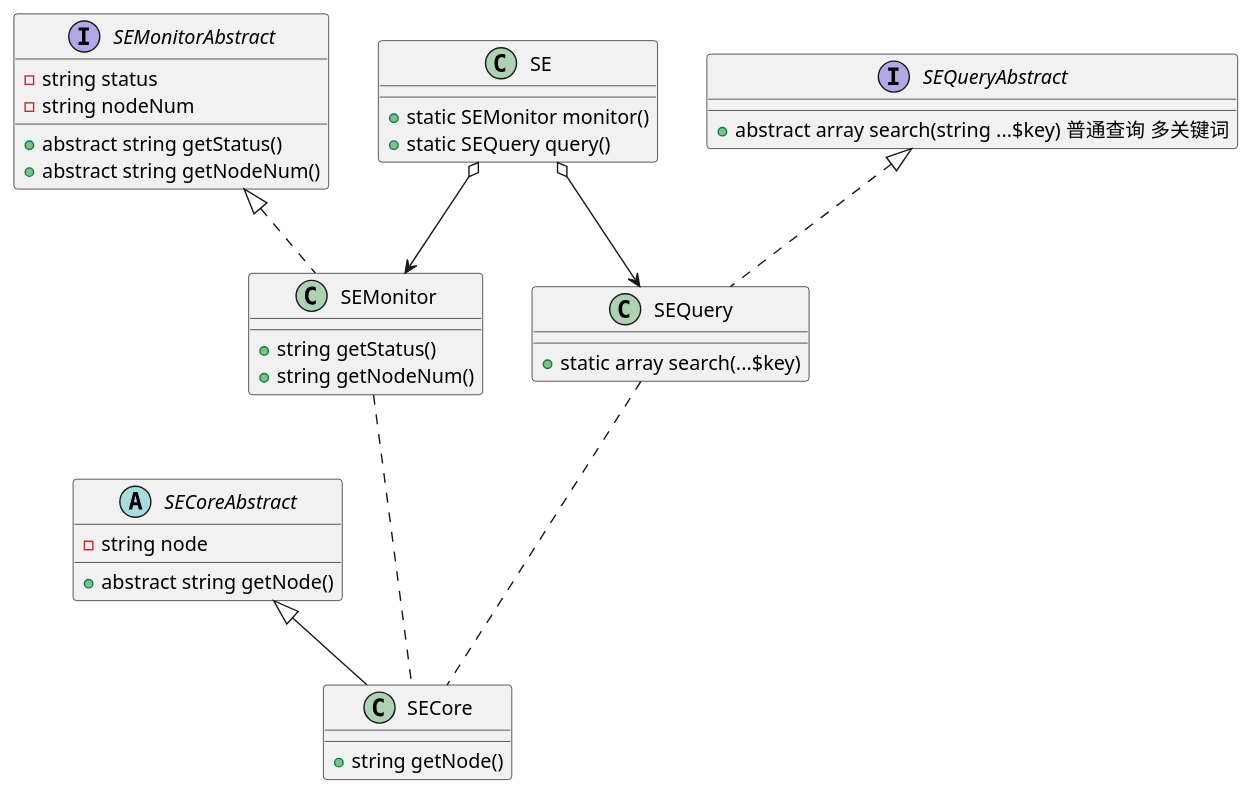
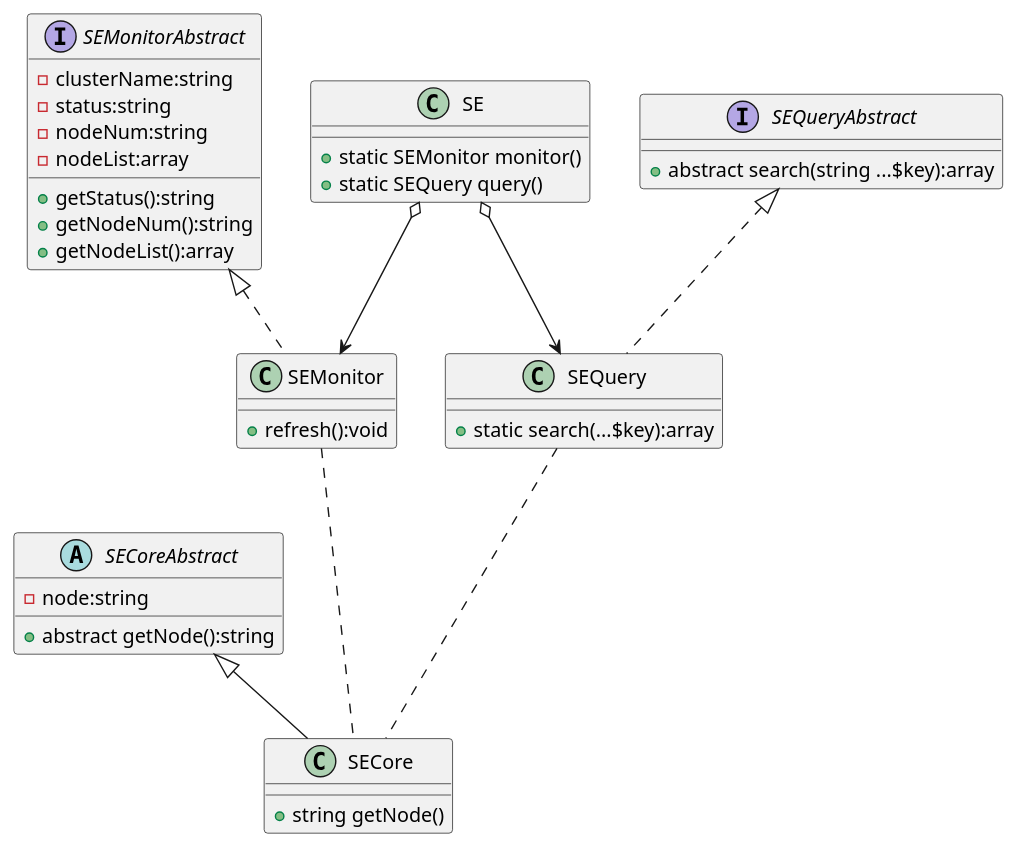
The diagram in docs/ModuleStructure.puml (1000Delta/CurrentWork), drawn with PlantUML before and after one commit. The commit also changed 2 other files, not shown here.

```diff
--- a/docs/ModuleStructure.puml
+++ b/docs/ModuleStructure.puml
@@ -1,50 +1,58 @@
 @startuml
 
 '核心类
 abstract class SECoreAbstract {
-- string node
-+ abstract string getNode()
+- node:string
++ abstract getNode():string
 }
 
 class SECore extends SECoreAbstract {
 + string getNode()
 }
+'*************************************************************************
 
 '监测类
 interface SEMonitorAbstract {
-- string status
-- string nodeNum
-+ abstract string getStatus()
-+ abstract string getNodeNum()
+'集群相关
+- clusterName:string
+- status:string
+- nodeNum:string
+'节点相关
+- nodeList:array
++ getStatus():string
++ getNodeNum():string
++ getNodeList():array
 }
 
 class SEMonitor implements SEMonitorAbstract {
-+ string getStatus()
-+ string getNodeNum()
++ refresh():void
 }
+'*************************************************************************
 
 '查询类
 Interface SEQueryAbstract {
-+ abstract array search(string ...$key) 普通查询 多关键词
+'普通查询 多关键词
++ abstract search(string ...$key):array
 }
 
 class SEQuery implements SEQueryAbstract {
-+ static array search(...$key)
++ static search(...$key):array
 }
-
+'*************************************************************************
 '管理
 class SE {
 + static SEMonitor monitor()
 + static SEQuery query()
 }
+'*************************************************************************
 
 '依赖关系
 SEMonitor ... SECore
 SEQuery ... SECore
 
 '包含关系
 
 SE o--> SEMonitor
 SE o--> SEQuery
 
 @enduml
```
